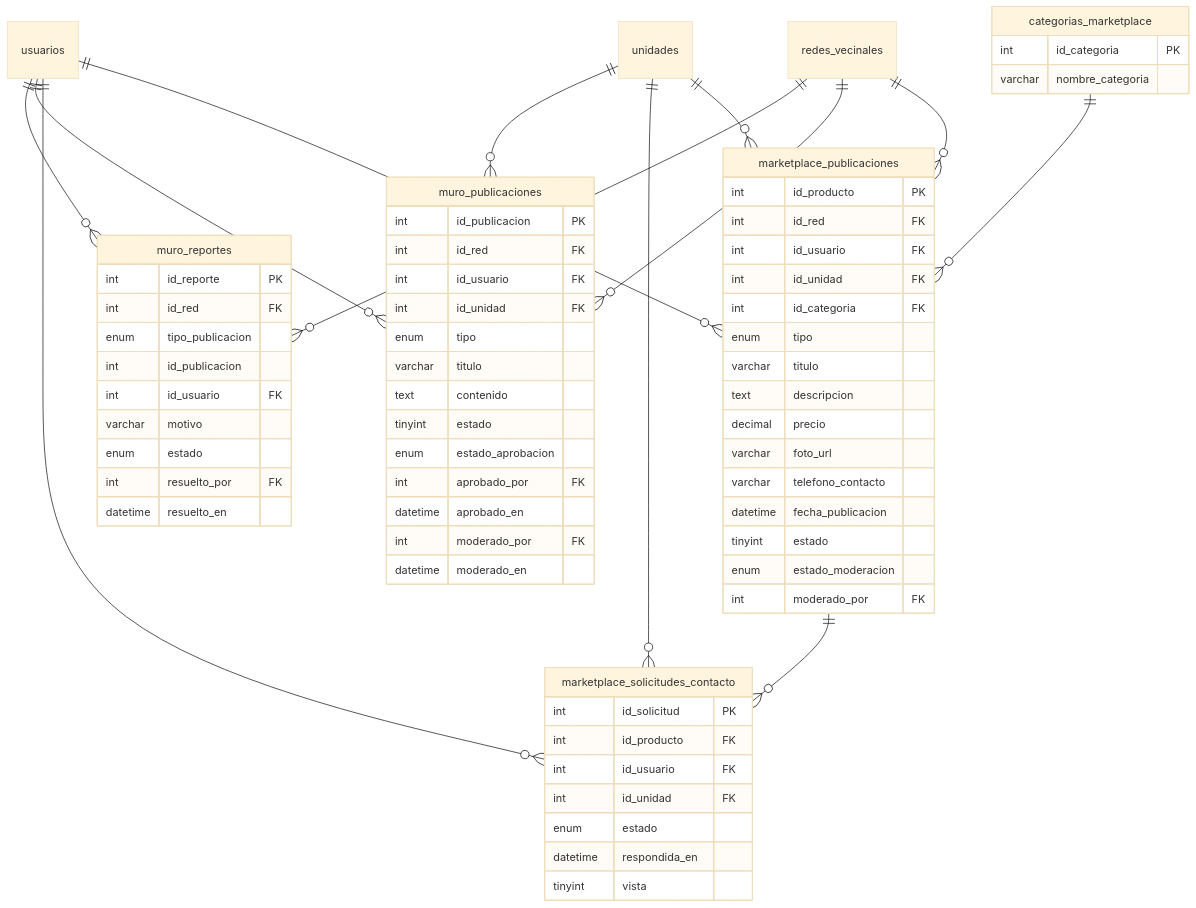
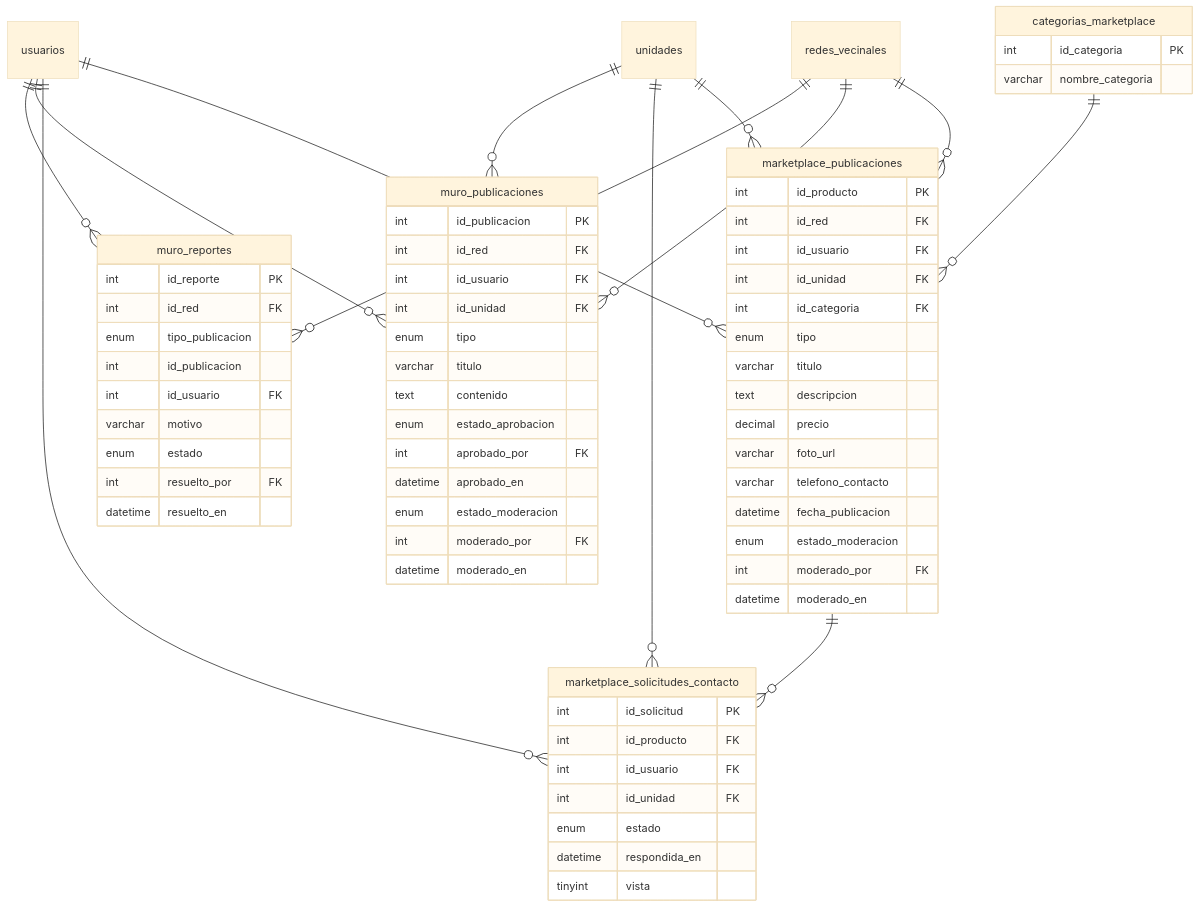
The fifth of 6 diagrams in FASE-2/Evidencias-Proyecto/Documentación/07-modelo-datos.md (JonasMateosValenzuelaLopez/ProyectoTesis), drawn with Mermaid (base theme) before and after one commit. The commit also changed other lines of this file and 5 other files, not shown here.

````diff
--- a/FASE-2/Evidencias-Proyecto/Documentación/07-modelo-datos.md
+++ b/FASE-2/Evidencias-Proyecto/Documentación/07-modelo-datos.md
@@ -388,71 +421,71 @@
 ```mermaid
 erDiagram
     usuarios ||--o{ marketplace_publicaciones : ""
     categorias_marketplace ||--o{ marketplace_publicaciones : ""
     redes_vecinales ||--o{ marketplace_publicaciones : ""
     unidades ||--o{ marketplace_publicaciones : ""
     marketplace_publicaciones ||--o{ marketplace_solicitudes_contacto : ""
     unidades ||--o{ marketplace_solicitudes_contacto : ""
     usuarios ||--o{ marketplace_solicitudes_contacto : ""
     usuarios ||--o{ muro_publicaciones : ""
     redes_vecinales ||--o{ muro_publicaciones : ""
     unidades ||--o{ muro_publicaciones : ""
     redes_vecinales ||--o{ muro_reportes : ""
     usuarios ||--o{ muro_reportes : ""
     muro_publicaciones {
         int id_publicacion PK
         int id_red FK
         int id_usuario FK
         int id_unidad FK
         enum tipo
         varchar titulo
         text contenido
-        tinyint estado
         enum estado_aprobacion
         int aprobado_por FK
         datetime aprobado_en
+        enum estado_moderacion
         int moderado_por FK
         datetime moderado_en
     }
     muro_reportes {
         int id_reporte PK
         int id_red FK
         enum tipo_publicacion
         int id_publicacion
         int id_usuario FK
         varchar motivo
         enum estado
         int resuelto_por FK
         datetime resuelto_en
     }
     marketplace_publicaciones {
         int id_producto PK
         int id_red FK
         int id_usuario FK
         int id_unidad FK
         int id_categoria FK
         enum tipo
         varchar titulo
         text descripcion
         decimal precio
         varchar foto_url
         varchar telefono_contacto
         datetime fecha_publicacion
-        tinyint estado
         enum estado_moderacion
         int moderado_por FK
+        datetime moderado_en
     }
     categorias_marketplace {
         int id_categoria PK
         varchar nombre_categoria
     }
     marketplace_solicitudes_contacto {
         int id_solicitud PK
         int id_producto FK
         int id_usuario FK
         int id_unidad FK
         enum estado
         datetime respondida_en
         tinyint vista
     }
 ```
````
